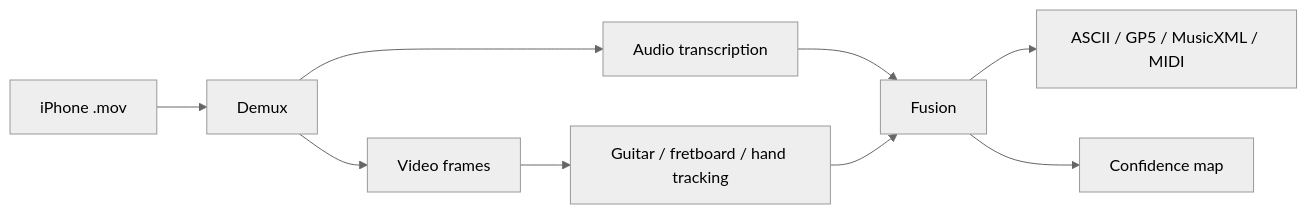
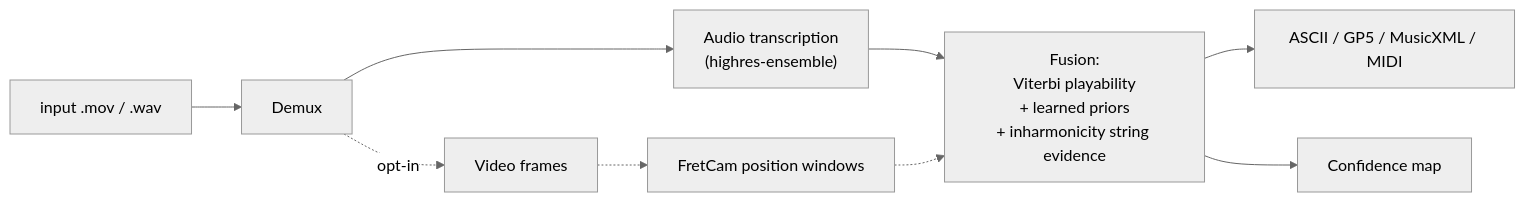
Before and after one commit to pgil256/tab_vision: the diagram in docs/DEMO/architecture-brief.md, drawn with Mermaid (neutral theme). The commit also changed other lines of this file and 2 other files, not shown here.

````diff
--- a/docs/DEMO/architecture-brief.md
+++ b/docs/DEMO/architecture-brief.md
@@ -7,11 +9,11 @@
 ```mermaid
 flowchart LR
-    A["iPhone .mov"] --> B["Demux"]
-    B --> C["Audio transcription"]
-    B --> D["Video frames"]
-    D --> E["Guitar / fretboard / hand tracking"]
-    C --> F["Fusion"]
-    E --> F
+    A["input .mov / .wav"] --> B["Demux"]
+    B --> C["Audio transcription<br/>(highres-ensemble)"]
+    B -.opt-in.-> D["Video frames"]
+    D -.-> E["FretCam position windows"]
+    C --> F["Fusion:<br/>Viterbi playability<br/>+ learned priors<br/>+ inharmonicity string evidence"]
+    E -.-> F
     F --> G["ASCII / GP5 / MusicXML / MIDI"]
     F --> H["Confidence map"]
 ```
````
